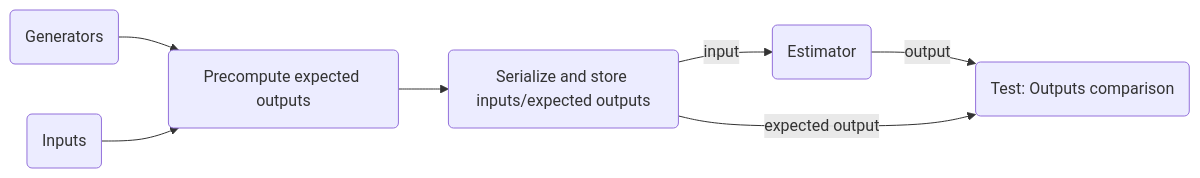
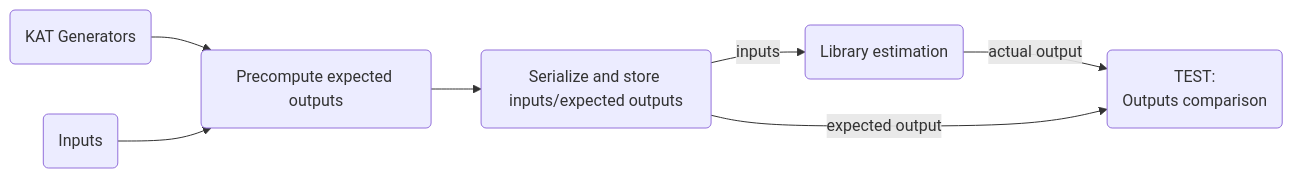
One commit to Crypto-TII/CryptographicEstimators changed the diagram in docs/tests.md. Above: the diagram before and after it, drawn with Mermaid. The commit also changed other lines of this file, not shown here.

Commit message:
docs: creation of the KAT framework documentation

````diff
--- a/docs/tests.md
+++ b/docs/tests.md
@@ -26,19 +39,17 @@
 ```mermaid
+flowchart LR;
+  katgen("`KAT Generators`")
+  inputs("`Inputs`")
+  preeo("`Precompute expected outputs`");
+  ser("`Serialize and store inputs/expected outputs`")
+  estimator("`Library estimation`")
+  oc("`TEST:
+    Outputs comparison`")
 
-  flowchart LR;
-    gf("`Generators`")
-    inputs("`Inputs`");
-    preeo("`Precompute expected outputs`");
-    ser("`Serialize and store inputs/expected outputs`")
-    estimator("`Estimator`")
-    oc("`Test: Outputs comparison`")
-
-
-    gf --> preeo;
-    inputs --> preeo;
-    preeo --> ser;
-    ser -- input --> estimator;
-    estimator -- output --> oc;
-    ser -- expected output --> oc;
-
+  katgen --> preeo;
+  inputs --> preeo;
+  preeo --> ser;
+  ser -- inputs --> estimator;
+  estimator -- actual output --> oc;
+  ser -- expected output --> oc;
 ```
````
